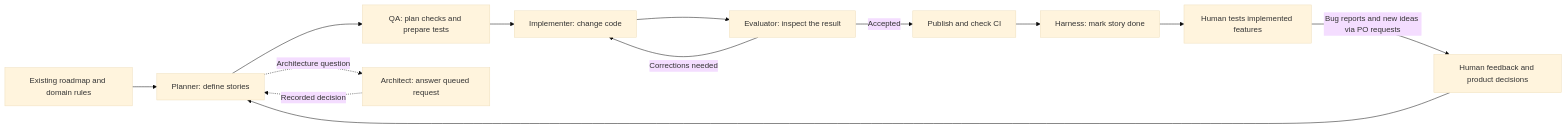
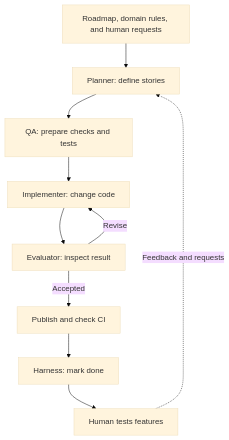
Before and after one commit to Nebettadjsr/GW2: the diagram in agent/README.md, drawn with Mermaid (base theme). The commit also changed other lines of this file and 2 other files, not shown here.

Commit message:
docs: narrow overview diagram and remove experimental readme

````diff
--- a/agent/README.md
+++ b/agent/README.md
@@ -7,15 +7,12 @@
 ```mermaid
-flowchart LR
-    R[Existing roadmap and domain rules] --> P[Planner: define stories]
-    H[Human feedback and product decisions] --> P
-    P --> Q[QA: plan checks and prepare tests]
+flowchart TB
+    R[Roadmap, domain rules, and human requests] --> P[Planner: define stories]
+    P --> Q[QA: prepare checks and tests]
     Q --> C[Implementer: change code]
-    C --> E[Evaluator: inspect the result]
-    E -->|Corrections needed| C
+    C --> E[Evaluator: inspect result]
+    E -->|Revise| C
     E -->|Accepted| CI[Publish and check CI]
-    CI --> D[Harness: mark story done]
-    D --> T[Human tests implemented features]
-    T -->|Bug reports and new ideas via PO requests| H
-    P -. Architecture question .-> A[Architect: answer queued request]
-    A -. Recorded decision .-> P
+    CI --> D[Harness: mark done]
+    D --> T[Human tests features]
+    T -. Feedback and requests .-> P
 ```
````
